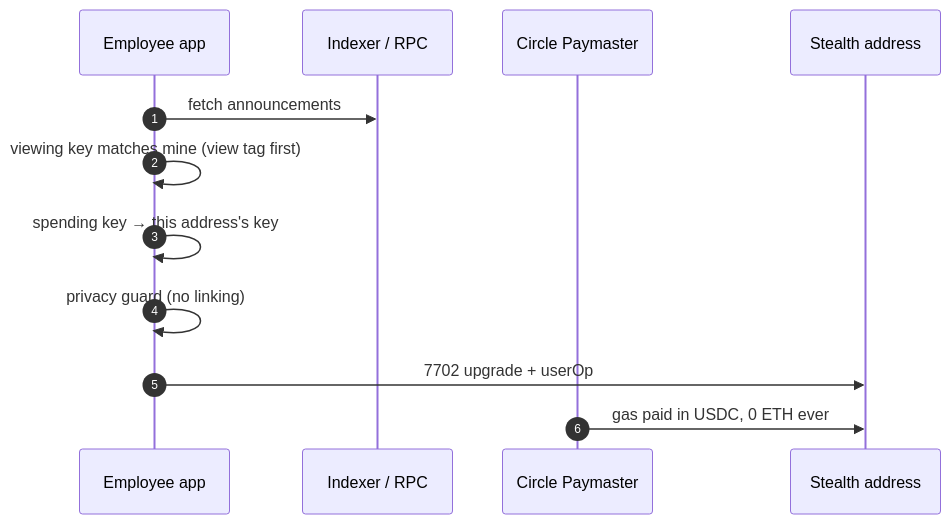
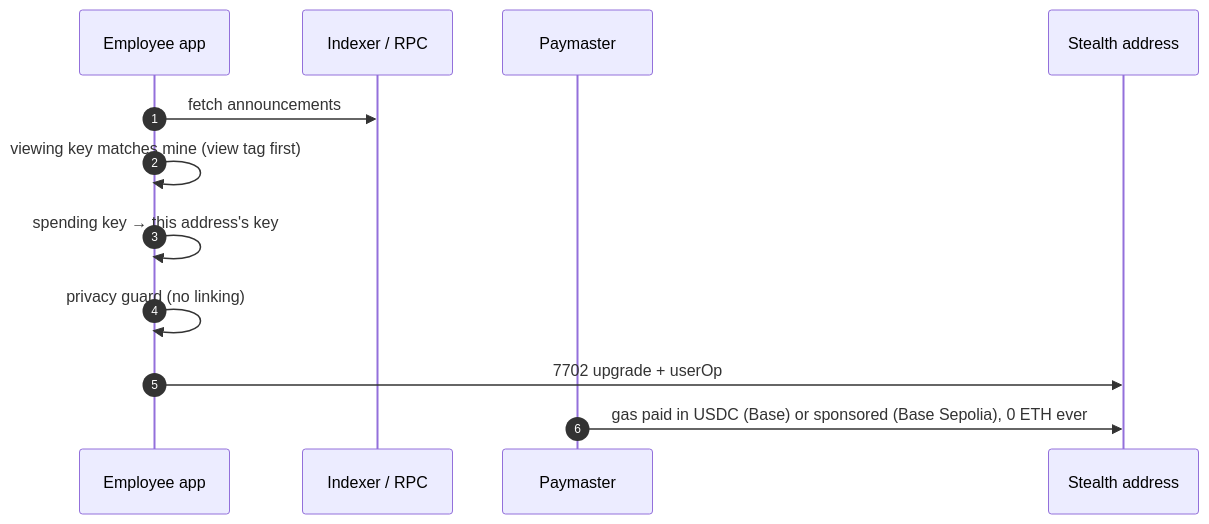
Before and after one commit to easonchai/soapay: the fourth of 7 diagrams in docs/architecture.md, drawn with Mermaid. The commit also changed other lines of this file and 9 other files, not shown here.

First line of the commit message:
Docs: D-52 (mock USDC, sponsored gas, welcome drop) and D-53 (no Convert, Exit hidden on testnet)

````diff
--- a/docs/architecture.md
+++ b/docs/architecture.md
@@ -156,14 +169,14 @@
 ```mermaid
 sequenceDiagram
   autonumber
   participant R as Employee app
   participant I as Indexer / RPC
-  participant P as Circle Paymaster
+  participant P as Paymaster
   participant X as Stealth address
   R->>I: fetch announcements
   R->>R: viewing key matches mine (view tag first)
   R->>R: spending key → this address's key
   R->>R: privacy guard (no linking)
   R->>X: 7702 upgrade + userOp
-  P->>X: gas paid in USDC, 0 ETH ever
+  P->>X: gas paid in USDC (Base) or sponsored (Base Sepolia), 0 ETH ever
 ```
````
